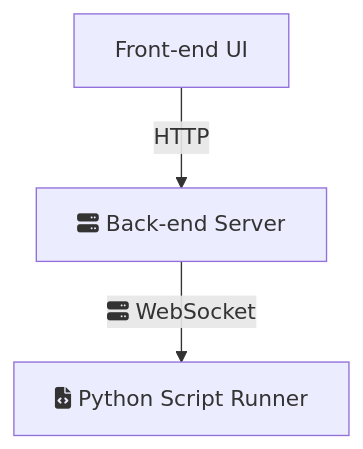
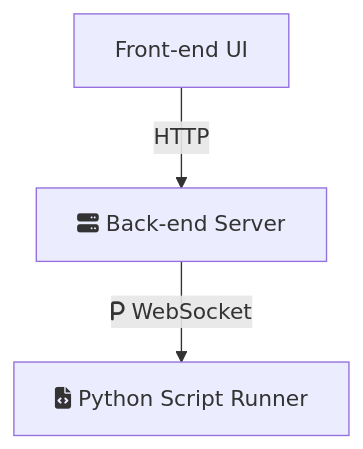
Before and after one commit to AlkeySheng/iodraw-files: the diagram in all/未命名.md, drawn with Mermaid.

Commit message:
2024-05-20 14:56:32 update

````diff
--- a/all/未命名.md
+++ b/all/未命名.md
@@ -1,6 +1,6 @@
 ```mermaid
 graph TD
     A[Front-end UI] -->|HTTP| B[fa:fa-server Back-end Server]
-    B -->|fa:fa-server WebSocket| C[fa:fa-file-code Python Script Runner]
+    B -->|fa:fa-p WebSocket| C[fa:fa-file-code Python Script Runner]
 
 ```
````
